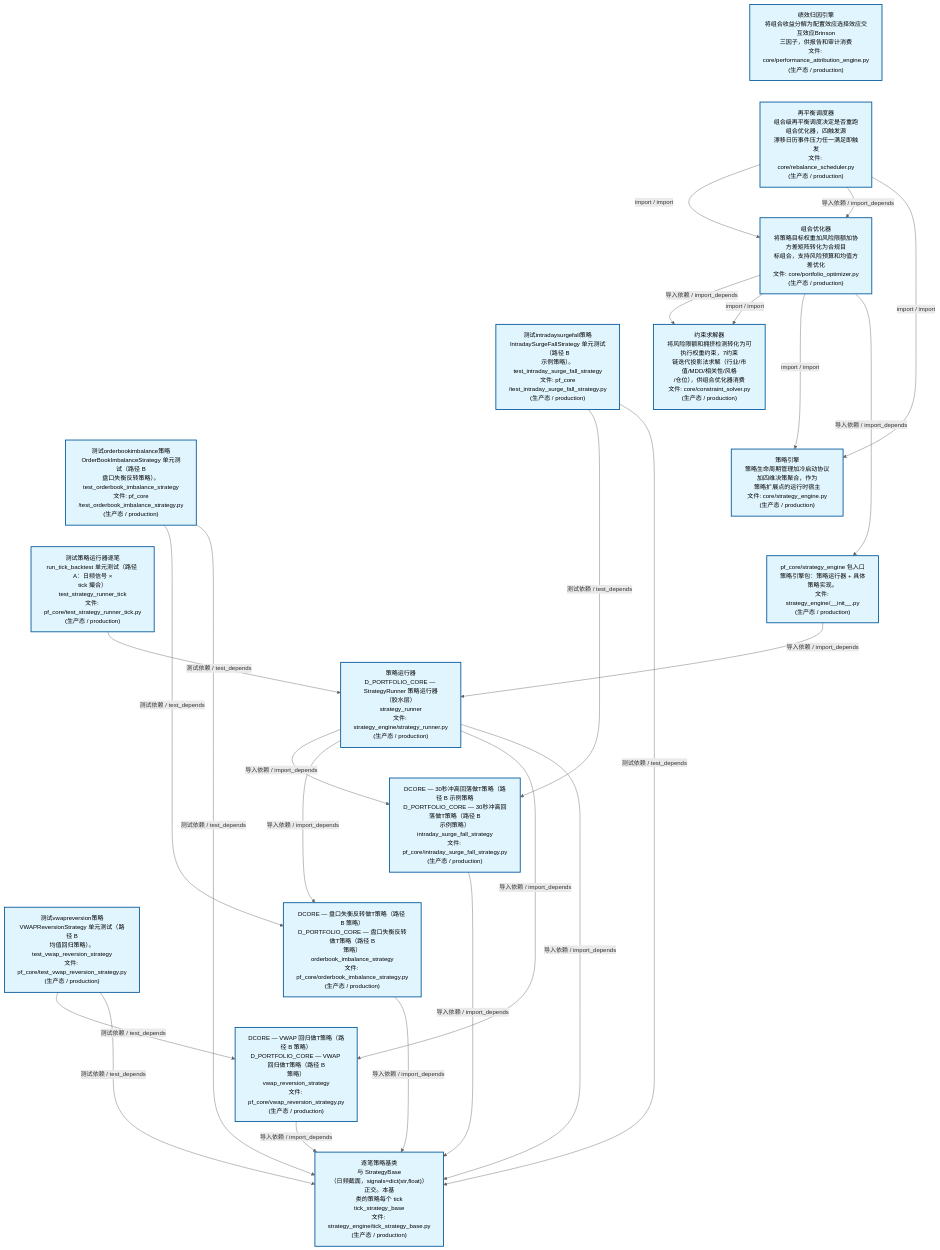
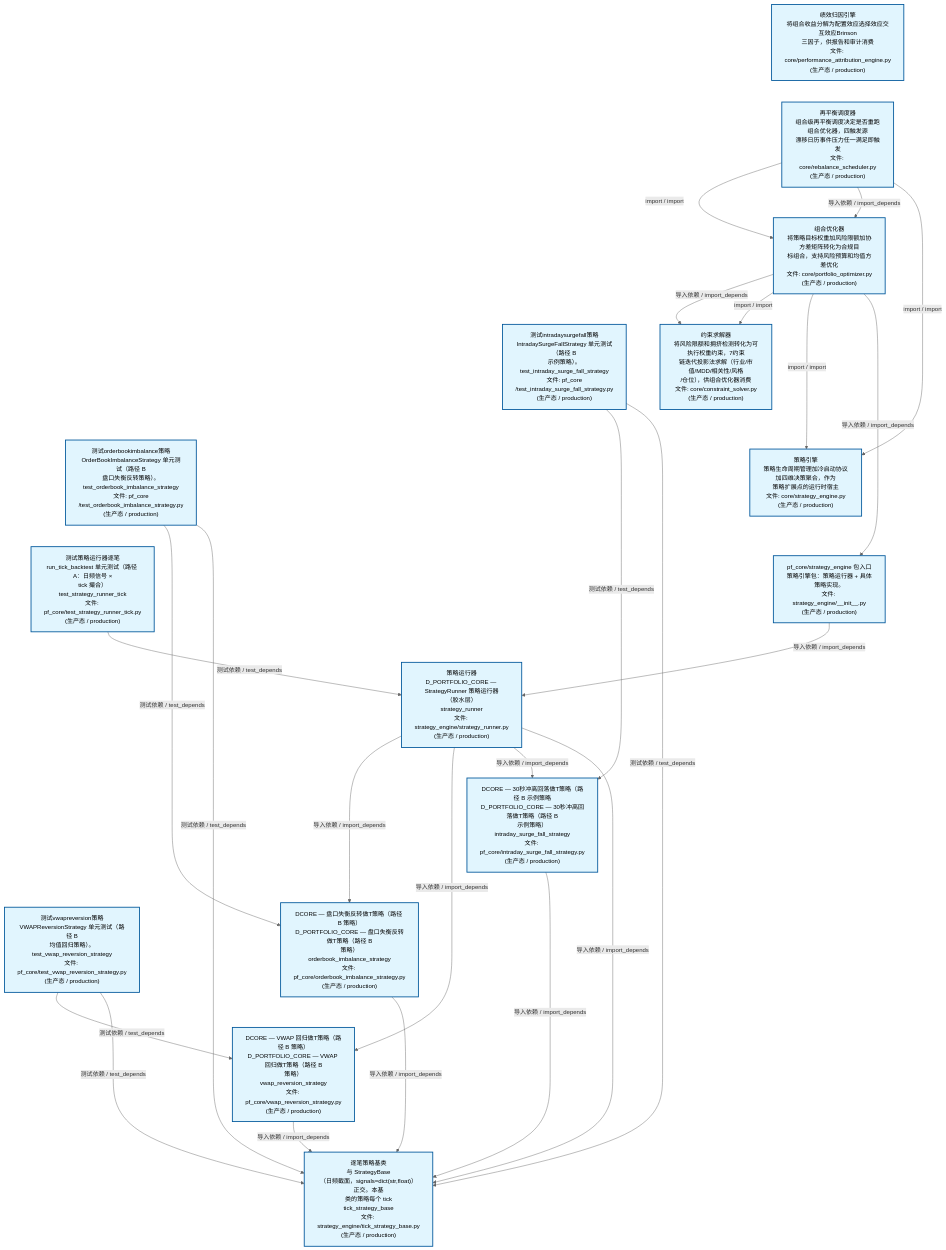
The second of 4 diagrams in docs/02_enterprise_architecture/02_domain_architecture_docs/63_d_pf_core.md (xuanFelixVan/ZephyrAlpha), drawn with Mermaid before and after one commit. The commit also changed other lines of this file and 44 other files, not shown here.

````diff
--- a/docs/02_enterprise_architecture/02_domain_architecture_docs/63_d_pf_core.md
+++ b/docs/02_enterprise_architecture/02_domain_architecture_docs/63_d_pf_core.md
@@ -139,55 +139,55 @@
 ```mermaid
 %%{init: {'theme': 'base', 'themeVariables': {'primaryColor': '#eaeaea', 'primaryTextColor': '#333333', 'primaryBorderColor': '#666666', 'lineColor': '#666666', 'secondaryColor': '#eaeaea', 'tertiaryColor': '#eaeaea', 'fontSize': '14px'}}}%%
 flowchart TD
     src_zephyr_pf_core_core_performance_attribution_engine_py["绩效归因引擎<br/>将组合收益分解为配置效应选择效应交互效应Brinson<br/>三因子，供报告和审计消费<br/>文件: core/performance_attribution_engine.py<br/>(生产态 / production)"]
     src_zephyr_pf_core_core_rebalance_scheduler_py["再平衡调度器<br/>组合级再平衡调度决定是否重跑组合优化器，四触发源<br/>漂移日历事件压力任一满足即触发<br/>文件: core/rebalance_scheduler.py<br/>(生产态 / production)"]
     tests_pf_core_test_intraday_surge_fall_strategy_py["测试intradaysurgefall策略<br/>IntradaySurgeFallStrategy 单元测试（路径 B<br/>示例策略）。<br/>test_intraday_surge_fall_strategy<br/>文件: pf_core<br/>/test_intraday_surge_fall_strategy.py<br/>(生产态 / production)"]
     tests_pf_core_test_orderbook_imbalance_strategy_py["测试orderbookimbalance策略<br/>OrderBookImbalanceStrategy 单元测试（路径 B<br/>盘口失衡反转策略）。<br/>test_orderbook_imbalance_strategy<br/>文件: pf_core<br/>/test_orderbook_imbalance_strategy.py<br/>(生产态 / production)"]
     tests_pf_core_test_strategy_runner_tick_py["测试策略运行器逐笔<br/>run_tick_backtest 单元测试（路径 A：日频信号 ×<br/>tick 撮合）<br/>test_strategy_runner_tick<br/>文件: pf_core/test_strategy_runner_tick.py<br/>(生产态 / production)"]
     tests_pf_core_test_vwap_reversion_strategy_py["测试vwapreversion策略<br/>VWAPReversionStrategy 单元测试（路径 B<br/>均值回归策略）。<br/>test_vwap_reversion_strategy<br/>文件: pf_core/test_vwap_reversion_strategy.py<br/>(生产态 / production)"]
     src_zephyr_pf_core_core_performance_attribution_engine_py ~~~ src_zephyr_pf_core_core_rebalance_scheduler_py
     src_zephyr_pf_core_core_rebalance_scheduler_py ~~~ tests_pf_core_test_intraday_surge_fall_strategy_py
     tests_pf_core_test_intraday_surge_fall_strategy_py ~~~ tests_pf_core_test_orderbook_imbalance_strategy_py
     tests_pf_core_test_orderbook_imbalance_strategy_py ~~~ tests_pf_core_test_strategy_runner_tick_py
     tests_pf_core_test_strategy_runner_tick_py ~~~ tests_pf_core_test_vwap_reversion_strategy_py
     src_zephyr_pf_core_core_portfolio_optimizer_py["组合优化器<br/>将策略目标权重加风险限额加协方差矩阵转化为合规目<br/>标组合，支持风险预算和均值方差优化<br/>文件: core/portfolio_optimizer.py<br/>(生产态 / production)"]
     src_zephyr_pf_core_core_constraint_solver_py["约束求解器<br/>将风险限额和拥挤检测转化为可执行权重约束，7约束<br/>链迭代投影法求解（行业/市值/MDD/相关性/风格<br/>/仓位），供组合优化器消费<br/>文件: core/constraint_solver.py<br/>(生产态 / production)"]
     src_zephyr_pf_core_core_strategy_engine_py["策略引擎<br/>策略生命周期管理加冷启动协议加四维决策聚合，作为<br/>策略扩展点的运行时宿主<br/>文件: core/strategy_engine.py<br/>(生产态 / production)"]
     src_zephyr_pf_core_strategy_engine_init_py["pf_core/strategy_engine 包入口<br/>策略引擎包：策略运行器 + 具体策略实现。<br/>文件: strategy_engine/__init__.py<br/>(生产态 / production)"]
     src_zephyr_pf_core_core_constraint_solver_py ~~~ src_zephyr_pf_core_core_strategy_engine_py
     src_zephyr_pf_core_core_strategy_engine_py ~~~ src_zephyr_pf_core_strategy_engine_init_py
     src_zephyr_pf_core_strategy_engine_strategy_runner_py["策略运行器<br/>D_PORTFOLIO_CORE — StrategyRunner 策略运行器<br/>（胶水层）<br/>strategy_runner<br/>文件: strategy_engine/strategy_runner.py<br/>(生产态 / production)"]
     src_zephyr_pf_core_intraday_surge_fall_strategy_py["DCORE — 30秒冲高回落做T策略（路径 B 示例策略<br/>D_PORTFOLIO_CORE — 30秒冲高回落做T策略（路径 B<br/>示例策略）<br/>intraday_surge_fall_strategy<br/>文件: pf_core/intraday_surge_fall_strategy.py<br/>(生产态 / production)"]
     src_zephyr_pf_core_orderbook_imbalance_strategy_py["DCORE — 盘口失衡反转做T策略（路径 B 策略）<br/>D_PORTFOLIO_CORE — 盘口失衡反转做T策略（路径 B<br/>策略）<br/>orderbook_imbalance_strategy<br/>文件: pf_core/orderbook_imbalance_strategy.py<br/>(生产态 / production)"]
     src_zephyr_pf_core_vwap_reversion_strategy_py["DCORE — VWAP 回归做T策略（路径 B 策略）<br/>D_PORTFOLIO_CORE — VWAP 回归做T策略（路径 B<br/>策略）<br/>vwap_reversion_strategy<br/>文件: pf_core/vwap_reversion_strategy.py<br/>(生产态 / production)"]
     src_zephyr_pf_core_intraday_surge_fall_strategy_py ~~~ src_zephyr_pf_core_orderbook_imbalance_strategy_py
     src_zephyr_pf_core_orderbook_imbalance_strategy_py ~~~ src_zephyr_pf_core_vwap_reversion_strategy_py
     src_zephyr_pf_core_strategy_engine_tick_strategy_base_py["逐笔策略基类<br/>与 StrategyBase<br/>（日频截面，signals=dict(str,float)）正交。本基<br/>类的策略每个 tick<br/>tick_strategy_base<br/>文件: strategy_engine/tick_strategy_base.py<br/>(生产态 / production)"]
-    src_zephyr_pf_core_intraday_surge_fall_strategy_py -->|导入依赖 / import_depends| src_zephyr_pf_core_strategy_engine_tick_strategy_base_py
     src_zephyr_pf_core_orderbook_imbalance_strategy_py -->|导入依赖 / import_depends| src_zephyr_pf_core_strategy_engine_tick_strategy_base_py
     src_zephyr_pf_core_vwap_reversion_strategy_py -->|导入依赖 / import_depends| src_zephyr_pf_core_strategy_engine_tick_strategy_base_py
+    src_zephyr_pf_core_intraday_surge_fall_strategy_py -->|导入依赖 / import_depends| src_zephyr_pf_core_strategy_engine_tick_strategy_base_py
     src_zephyr_pf_core_core_portfolio_optimizer_py -->|导入依赖 / import_depends| src_zephyr_pf_core_core_constraint_solver_py
     src_zephyr_pf_core_core_portfolio_optimizer_py -->|import / import| src_zephyr_pf_core_core_constraint_solver_py
     src_zephyr_pf_core_core_portfolio_optimizer_py -->|import / import| src_zephyr_pf_core_core_strategy_engine_py
     src_zephyr_pf_core_core_portfolio_optimizer_py -->|导入依赖 / import_depends| src_zephyr_pf_core_strategy_engine_init_py
     src_zephyr_pf_core_core_rebalance_scheduler_py -->|import / import| src_zephyr_pf_core_core_portfolio_optimizer_py
     src_zephyr_pf_core_core_rebalance_scheduler_py -->|导入依赖 / import_depends| src_zephyr_pf_core_core_portfolio_optimizer_py
     src_zephyr_pf_core_core_rebalance_scheduler_py -->|import / import| src_zephyr_pf_core_core_strategy_engine_py
     src_zephyr_pf_core_strategy_engine_init_py -->|导入依赖 / import_depends| src_zephyr_pf_core_strategy_engine_strategy_runner_py
-    src_zephyr_pf_core_strategy_engine_strategy_runner_py -->|导入依赖 / import_depends| src_zephyr_pf_core_intraday_surge_fall_strategy_py
     src_zephyr_pf_core_strategy_engine_strategy_runner_py -->|导入依赖 / import_depends| src_zephyr_pf_core_orderbook_imbalance_strategy_py
     src_zephyr_pf_core_strategy_engine_strategy_runner_py -->|导入依赖 / import_depends| src_zephyr_pf_core_vwap_reversion_strategy_py
+    src_zephyr_pf_core_strategy_engine_strategy_runner_py -->|导入依赖 / import_depends| src_zephyr_pf_core_intraday_surge_fall_strategy_py
     src_zephyr_pf_core_strategy_engine_strategy_runner_py -->|导入依赖 / import_depends| src_zephyr_pf_core_strategy_engine_tick_strategy_base_py
+    tests_pf_core_test_orderbook_imbalance_strategy_py -->|测试依赖 / test_depends| src_zephyr_pf_core_orderbook_imbalance_strategy_py
+    tests_pf_core_test_orderbook_imbalance_strategy_py -->|测试依赖 / test_depends| src_zephyr_pf_core_strategy_engine_tick_strategy_base_py
     tests_pf_core_test_intraday_surge_fall_strategy_py -->|测试依赖 / test_depends| src_zephyr_pf_core_intraday_surge_fall_strategy_py
     tests_pf_core_test_intraday_surge_fall_strategy_py -->|测试依赖 / test_depends| src_zephyr_pf_core_strategy_engine_tick_strategy_base_py
-    tests_pf_core_test_orderbook_imbalance_strategy_py -->|测试依赖 / test_depends| src_zephyr_pf_core_orderbook_imbalance_strategy_py
-    tests_pf_core_test_orderbook_imbalance_strategy_py -->|测试依赖 / test_depends| src_zephyr_pf_core_strategy_engine_tick_strategy_base_py
+    tests_pf_core_test_strategy_runner_tick_py -->|测试依赖 / test_depends| src_zephyr_pf_core_strategy_engine_strategy_runner_py
     tests_pf_core_test_vwap_reversion_strategy_py -->|测试依赖 / test_depends| src_zephyr_pf_core_vwap_reversion_strategy_py
     tests_pf_core_test_vwap_reversion_strategy_py -->|测试依赖 / test_depends| src_zephyr_pf_core_strategy_engine_tick_strategy_base_py
-    tests_pf_core_test_strategy_runner_tick_py -->|测试依赖 / test_depends| src_zephyr_pf_core_strategy_engine_strategy_runner_py
     classDef production fill:#e1f5fe,stroke:#01579b,stroke-width:2px,color:#000
     classDef design fill:#fff3e0,stroke:#e65100,stroke-width:2px,color:#000,stroke-dasharray: 5 5
     classDef external_prod fill:#e8f4fd,stroke:#0277bd,stroke-width:1px,color:#000
     classDef external_design fill:#fff8e7,stroke:#ef6c00,stroke-width:1px,color:#000,stroke-dasharray: 5 5
     class src_zephyr_pf_core_core_constraint_solver_py,src_zephyr_pf_core_core_performance_attribution_engine_py,src_zephyr_pf_core_core_portfolio_optimizer_py,src_zephyr_pf_core_core_rebalance_scheduler_py,src_zephyr_pf_core_core_strategy_engine_py,src_zephyr_pf_core_intraday_surge_fall_strategy_py,src_zephyr_pf_core_orderbook_imbalance_strategy_py,src_zephyr_pf_core_strategy_engine_init_py,src_zephyr_pf_core_strategy_engine_strategy_runner_py,src_zephyr_pf_core_strategy_engine_tick_strategy_base_py,src_zephyr_pf_core_vwap_reversion_strategy_py,tests_pf_core_test_intraday_surge_fall_strategy_py,tests_pf_core_test_orderbook_imbalance_strategy_py,tests_pf_core_test_strategy_runner_tick_py,tests_pf_core_test_vwap_reversion_strategy_py production
 ```
````
